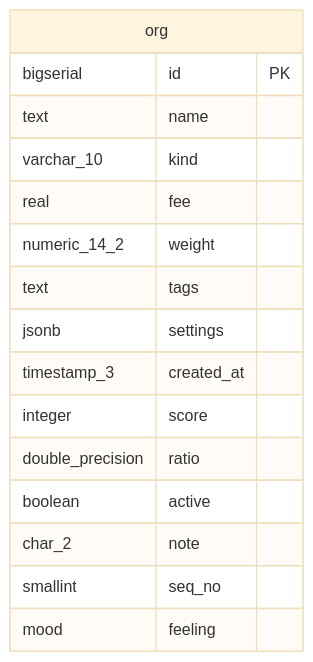
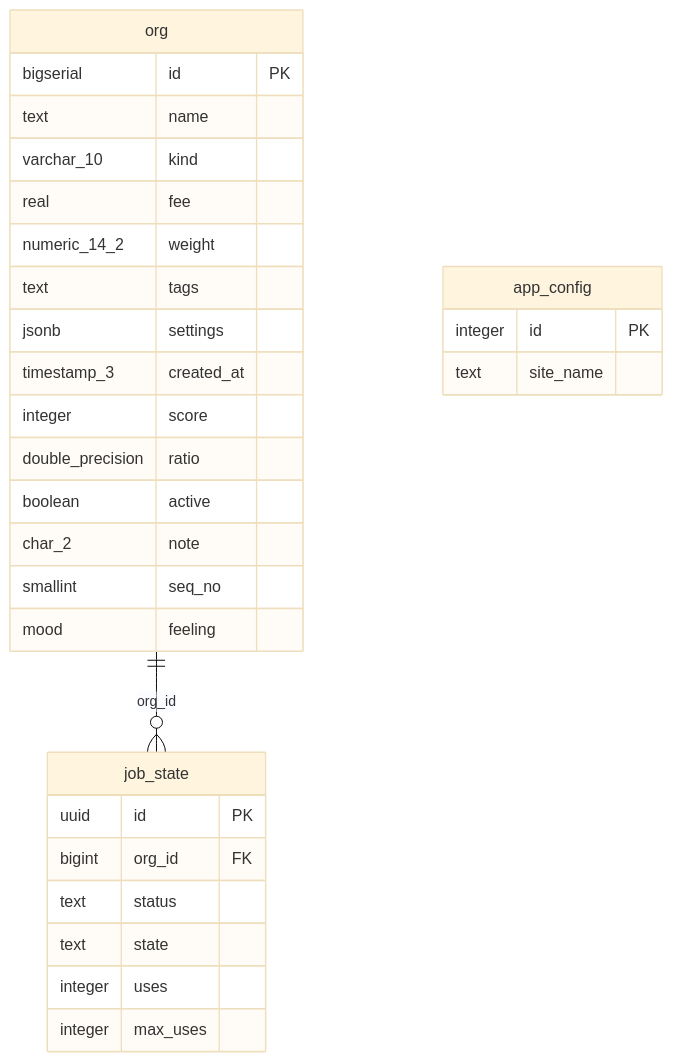
One commit to greenstevester/archlens-postgres changed the diagram in skills/db-architecture-review/test/fixtures/edge-cases.out/domains/core.md. Above: the diagram before and after it, drawn with Mermaid (base theme). The commit also changed other lines of this file and 28 other files, not shown here.

````diff
--- a/skills/db-architecture-review/test/fixtures/edge-cases.out/domains/core.md
+++ b/skills/db-architecture-review/test/fixtures/edge-cases.out/domains/core.md
@@ -7,19 +7,32 @@
 ```mermaid
 erDiagram
   org {
     bigserial id PK
     text name
     varchar_10 kind
     real fee
     numeric_14_2 weight
     text tags
     jsonb settings
     timestamp_3 created_at
     integer score
     double_precision ratio
     boolean active
     char_2 note
     smallint seq_no
     mood feeling
   }
+  job_state {
+    uuid id PK
+    bigint org_id FK
+    text status
+    text state
+    integer uses
+    integer max_uses
+  }
+  app_config {
+    integer id PK
+    text site_name
+  }
+  org ||--o{ job_state : "org_id"
 ```
````
